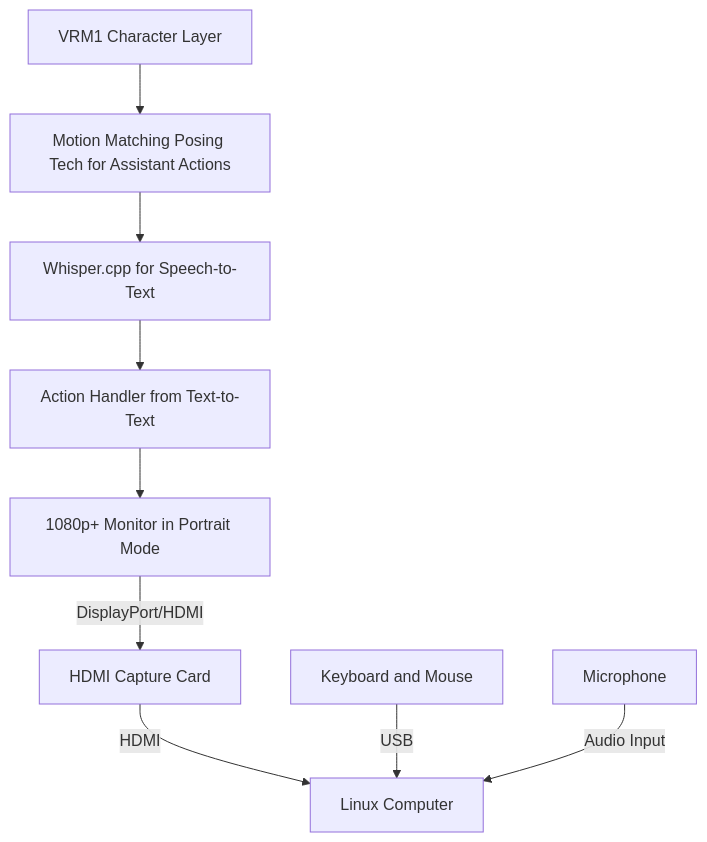
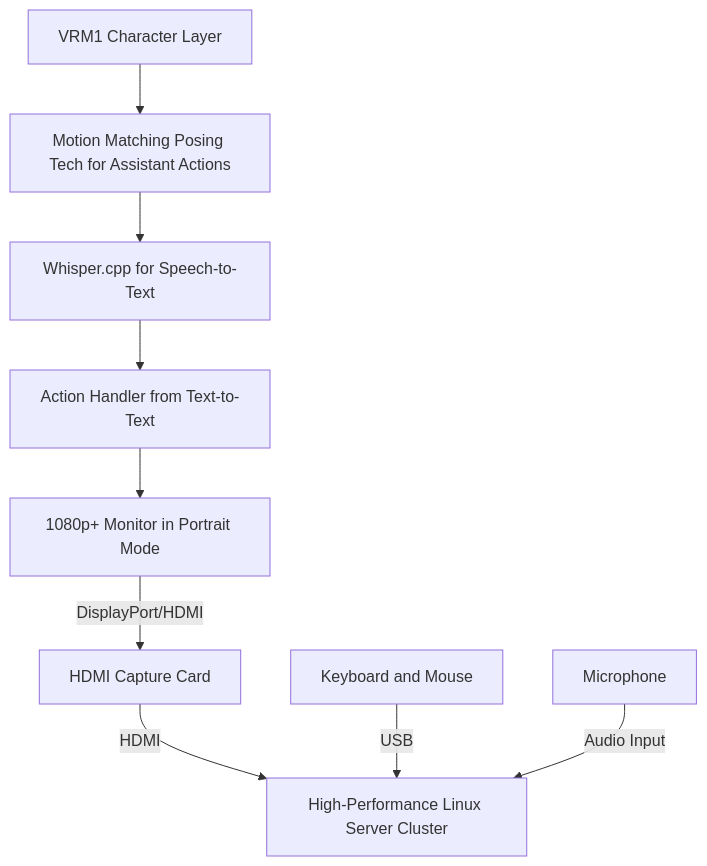
The diagram in prototypes/20230908-bendable-screen-generative-assistant.md (V-Sekai/manuals), drawn with Mermaid before and after one commit. The commit also changed other lines of this file, not shown here.

````diff
--- a/prototypes/20230908-bendable-screen-generative-assistant.md
+++ b/prototypes/20230908-bendable-screen-generative-assistant.md
@@ -50,10 +50,10 @@
 ```mermaid
 graph TD
 A[VRM1 Character Layer] --> B[Motion Matching Posing Tech for Assistant Actions]
 B --> C[Whisper.cpp for Speech-to-Text]
 C --> D[Action Handler from Text-to-Text]
 D --> E[1080p+ Monitor in Portrait Mode] -- DisplayPort/HDMI --> F[HDMI Capture Card]
-F -- HDMI --> G[Linux Computer]
+F -- HDMI --> G[High-Performance Linux Server Cluster]
 H[Keyboard and Mouse] -- USB --> G
 I[Microphone] -- Audio Input --> G
 ```
````
